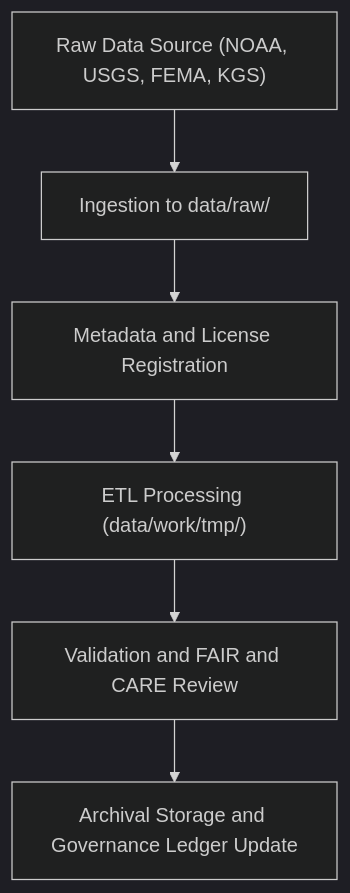
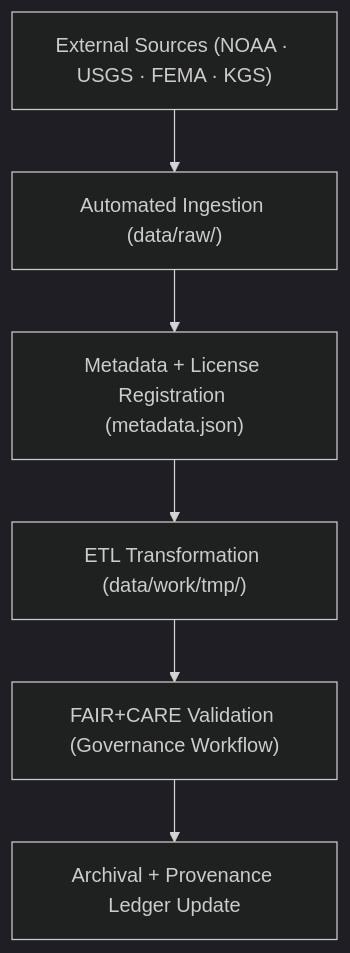
The diagram in data/raw/README.md (bartytime4life/Kansas-Frontier-Matrix), drawn with Mermaid (dark theme) before and after one commit. The commit also changed other lines of this file, not shown here.

````diff
--- a/data/raw/README.md
+++ b/data/raw/README.md
@@ -78,8 +85,8 @@
 ```mermaid
 flowchart TD
-    A["Raw Data Source (NOAA, USGS, FEMA, KGS)"] --> B["Ingestion to data/raw/"]
-    B --> C["Metadata and License Registration"]
-    C --> D["ETL Processing (data/work/tmp/)"]
-    D --> E["Validation and FAIR and CARE Review"]
-    E --> F["Archival Storage and Governance Ledger Update"]
+  A["External Sources (NOAA · USGS · FEMA · KGS)"] --> B["Automated Ingestion (data/raw/)"]
+  B --> C["Metadata + License Registration (metadata.json)"]
+  C --> D["ETL Transformation (data/work/tmp/)"]
+  D --> E["FAIR+CARE Validation (Governance Workflow)"]
+  E --> F["Archival + Provenance Ledger Update"]
 ```
````
